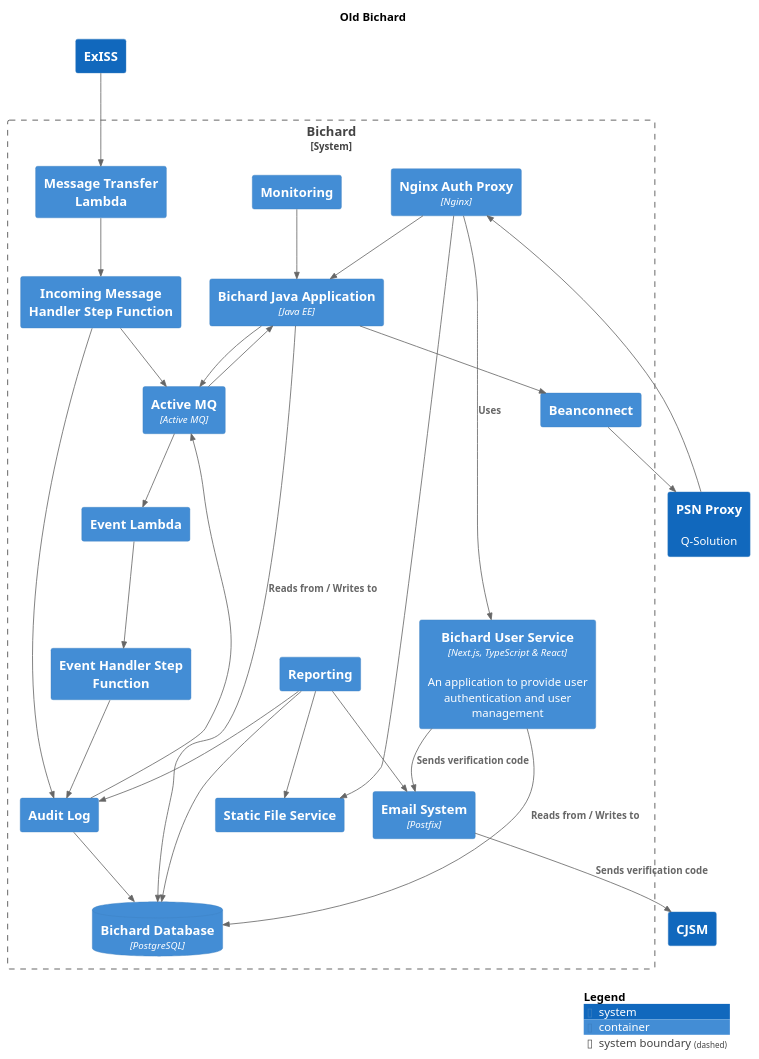
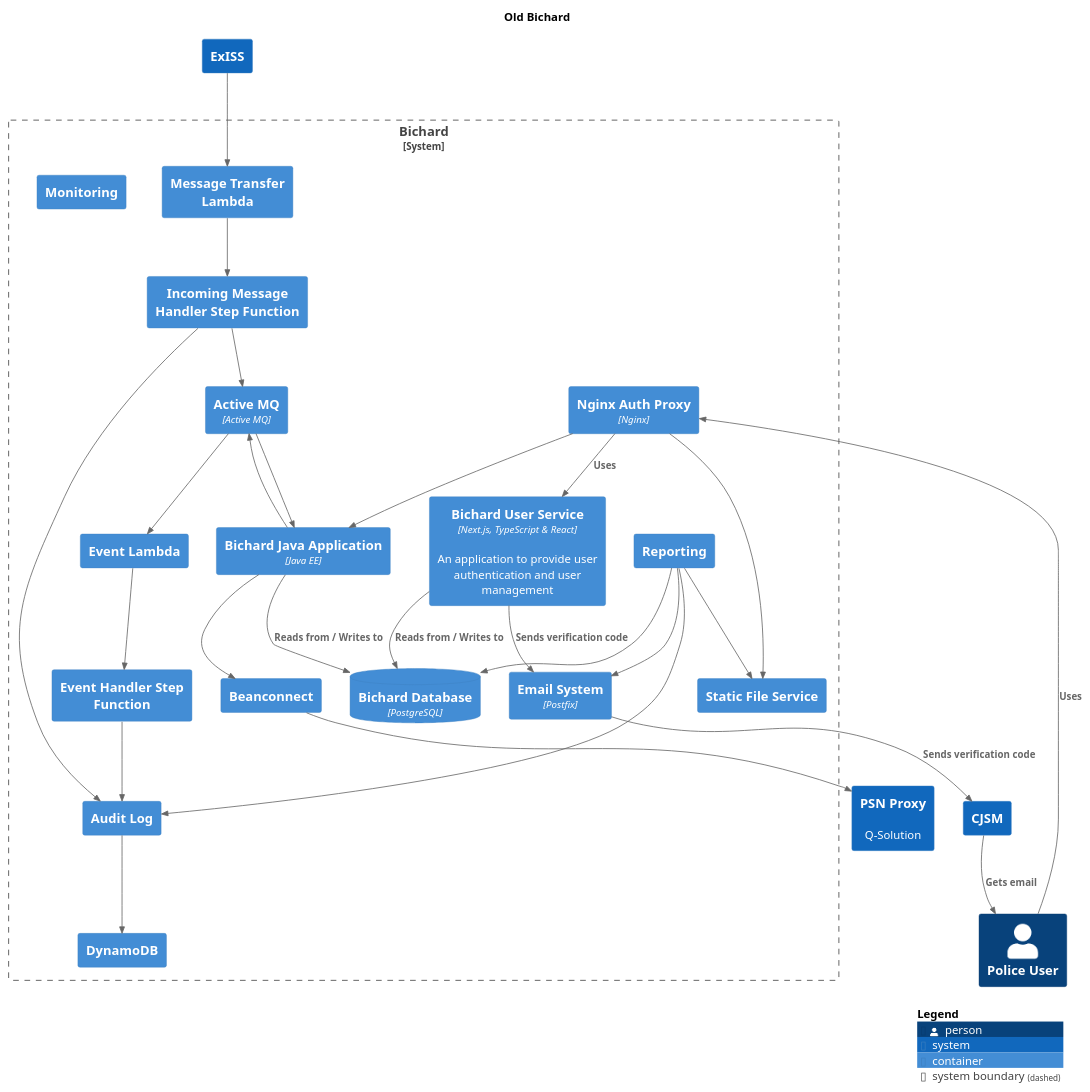
One commit to ministryofjustice/bichard7-next-core changed the diagram in main/puml/OldBichard.puml. Above: the diagram before and after it, drawn with PlantUML. The commit also changed 71 other files, not shown here.

```diff
--- a/main/puml/OldBichard.puml
+++ b/main/puml/OldBichard.puml
@@ -1,61 +1,62 @@
 @startuml
 set separator none
 title Old Bichard
 
 top to bottom direction
 
 !include <C4/C4>
 !include <C4/C4_Context>
 !include <C4/C4_Container>
 
+Person(PoliceUser, "Police User", $descr="", $tags="", $link="")
 System(CJSM, "CJSM", $descr="", $tags="", $link="")
 System(PSNProxy, "PSN Proxy", $descr="Q-Solution", $tags="", $link="")
 System(ExISS, "ExISS", $descr="", $tags="", $link="")
 
 System_Boundary("Bichard_boundary", "Bichard", $tags="") {
+  Container(Bichard.DynamoDB, "DynamoDB", $techn="", $descr="", $tags="", $link="")
   Container(Bichard.Beanconnect, "Beanconnect", $techn="", $descr="", $tags="", $link="")
   Container(Bichard.MessageTransferLambda, "Message Transfer Lambda", $techn="", $descr="", $tags="", $link="")
   Container(Bichard.IncomingMessageHandlerStepFunction, "Incoming Message Handler Step Function", $techn="", $descr="", $tags="", $link="")
   Container(Bichard.EventLambda, "Event Lambda", $techn="", $descr="", $tags="", $link="")
   Container(Bichard.EventHandlerStepFunction, "Event Handler Step Function", $techn="", $descr="", $tags="", $link="")
   Container(Bichard.ActiveMQ, "Active MQ", $techn="Active MQ", $descr="", $tags="", $link="")
   Container(Bichard.NginxAuthProxy, "Nginx Auth Proxy", $techn="Nginx", $descr="", $tags="", $link="")
   ContainerDb(Bichard.BichardDatabase, "Bichard Database", $techn="PostgreSQL", $descr="", $tags="", $link="")
   Container(Bichard.EmailSystem, "Email System", $techn="Postfix", $descr="", $tags="", $link="")
   Container(Bichard.BichardJavaApplication, "Bichard Java Application", $techn="Java EE", $descr="", $tags="", $link="")
   Container(Bichard.BichardUserService, "Bichard User Service", $techn="Next.js, TypeScript & React", $descr="An application to provide user authentication and user management", $tags="", $link="")
   Container(Bichard.AuditLog, "Audit Log", $techn="", $descr="", $tags="", $link="")
   Container(Bichard.StaticFileService, "Static File Service", $techn="", $descr="", $tags="", $link="")
   Container(Bichard.Reporting, "Reporting", $techn="", $descr="", $tags="", $link="")
   Container(Bichard.Monitoring, "Monitoring", $techn="", $descr="", $tags="", $link="")
 }
 
-Rel(Bichard.AuditLog, Bichard.BichardDatabase, "", $techn="", $tags="", $link="")
-Rel(Bichard.AuditLog, Bichard.ActiveMQ, "", $techn="", $tags="", $link="")
 Rel(Bichard.Reporting, Bichard.AuditLog, "", $techn="", $tags="", $link="")
 Rel(Bichard.Reporting, Bichard.StaticFileService, "", $techn="", $tags="", $link="")
 Rel(Bichard.Reporting, Bichard.EmailSystem, "", $techn="", $tags="", $link="")
 Rel(Bichard.Reporting, Bichard.BichardDatabase, "", $techn="", $tags="", $link="")
-Rel(Bichard.Monitoring, Bichard.BichardJavaApplication, "", $techn="", $tags="", $link="")
+Rel(PoliceUser, Bichard.NginxAuthProxy, "Uses", $techn="", $tags="", $link="")
+Rel(CJSM, PoliceUser, "Gets email", $techn="", $tags="", $link="")
 Rel(Bichard.BichardJavaApplication, Bichard.Beanconnect, "", $techn="", $tags="", $link="")
 Rel(Bichard.Beanconnect, PSNProxy, "", $techn="", $tags="", $link="")
-Rel(PSNProxy, Bichard.NginxAuthProxy, "", $techn="", $tags="", $link="")
 Rel(Bichard.EmailSystem, CJSM, "Sends verification code", $techn="", $tags="", $link="")
 Rel(Bichard.BichardUserService, Bichard.EmailSystem, "Sends verification code", $techn="", $tags="", $link="")
 Rel(Bichard.NginxAuthProxy, Bichard.BichardJavaApplication, "", $techn="", $tags="", $link="")
 Rel(Bichard.NginxAuthProxy, Bichard.BichardUserService, "Uses", $techn="", $tags="", $link="")
 Rel(Bichard.NginxAuthProxy, Bichard.StaticFileService, "", $techn="", $tags="", $link="")
 Rel(Bichard.BichardUserService, Bichard.BichardDatabase, "Reads from / Writes to", $techn="", $tags="", $link="")
 Rel(Bichard.BichardJavaApplication, Bichard.BichardDatabase, "Reads from / Writes to", $techn="", $tags="", $link="")
 Rel(ExISS, Bichard.MessageTransferLambda, "", $techn="", $tags="", $link="")
 Rel(Bichard.MessageTransferLambda, Bichard.IncomingMessageHandlerStepFunction, "", $techn="", $tags="", $link="")
 Rel(Bichard.IncomingMessageHandlerStepFunction, Bichard.AuditLog, "", $techn="", $tags="", $link="")
 Rel(Bichard.IncomingMessageHandlerStepFunction, Bichard.ActiveMQ, "", $techn="", $tags="", $link="")
 Rel(Bichard.ActiveMQ, Bichard.EventLambda, "", $techn="", $tags="", $link="")
 Rel(Bichard.EventLambda, Bichard.EventHandlerStepFunction, "", $techn="", $tags="", $link="")
 Rel(Bichard.EventHandlerStepFunction, Bichard.AuditLog, "", $techn="", $tags="", $link="")
 Rel(Bichard.ActiveMQ, Bichard.BichardJavaApplication, "", $techn="", $tags="", $link="")
 Rel(Bichard.BichardJavaApplication, Bichard.ActiveMQ, "", $techn="", $tags="", $link="")
+Rel(Bichard.AuditLog, Bichard.DynamoDB, "", $techn="", $tags="", $link="")
 
 SHOW_LEGEND(true)
 @enduml
```
